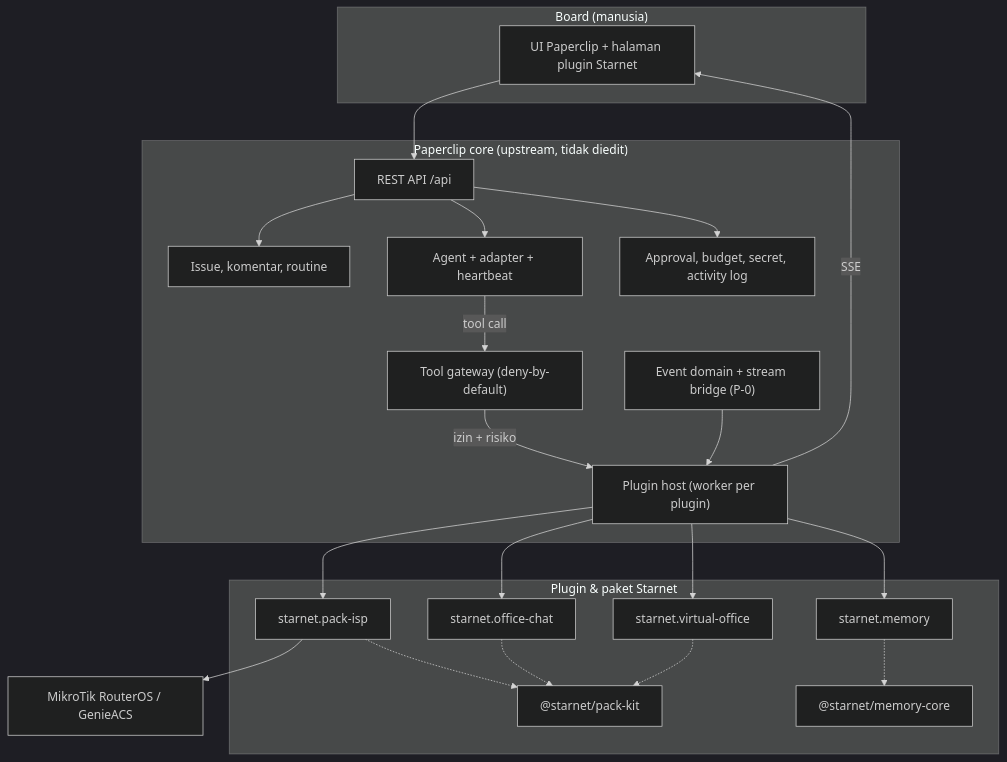
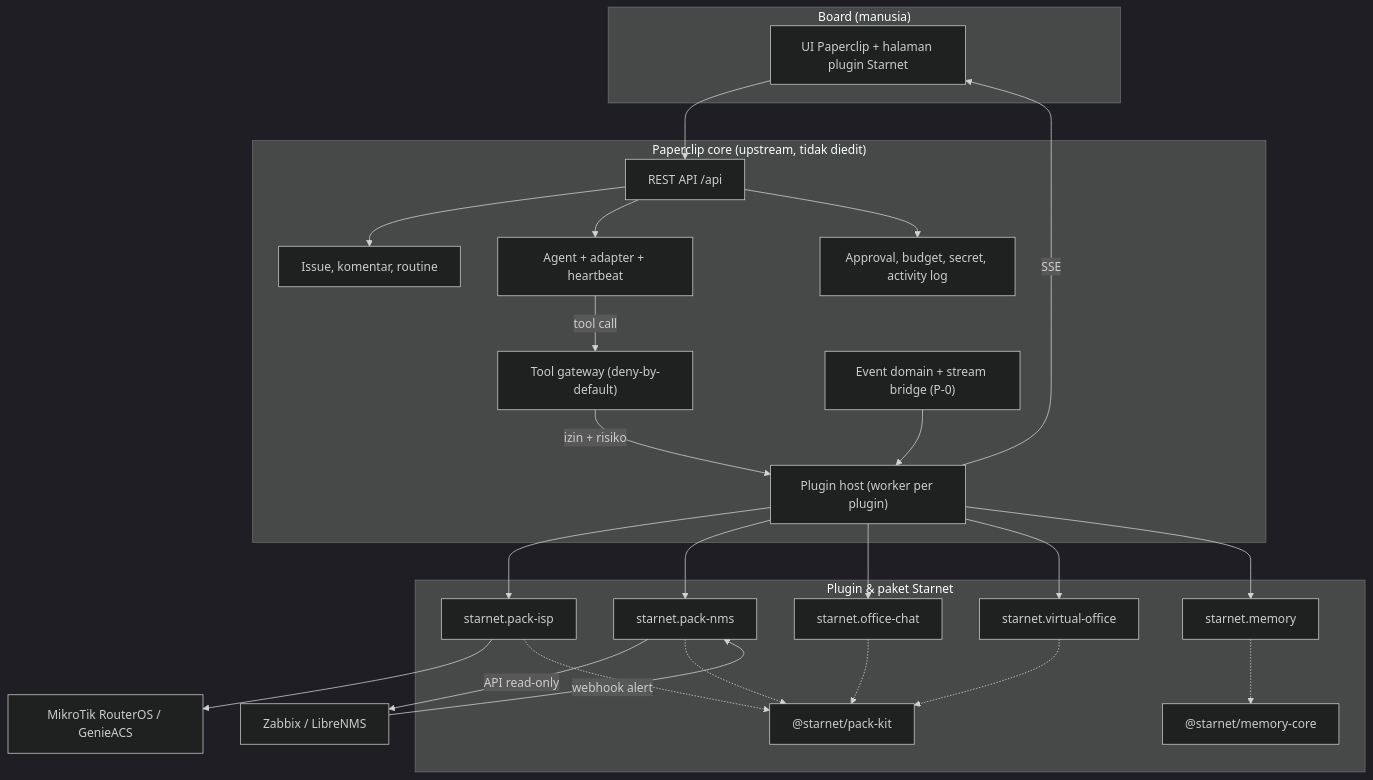
Before and after one commit to sigitholic/paperclip: the first of 2 diagrams in packages/starnet-docs/02-arsitektur.md, drawn with Mermaid (dark theme). The commit also changed other lines of this file and 27 other files, not shown here.

First line of the commit message:
feat(starnet): pack-nms plugin for Zabbix + LibreNMS monitoring

````diff
--- a/packages/starnet-docs/02-arsitektur.md
+++ b/packages/starnet-docs/02-arsitektur.md
@@ -8,38 +8,42 @@
 ```mermaid
 flowchart TB
   subgraph Board["Board (manusia)"]
     UI["UI Paperclip + halaman plugin Starnet"]
   end
 
   subgraph Core["Paperclip core (upstream, tidak diedit)"]
     API["REST API /api"]
     Issues["Issue, komentar, routine"]
     Agents["Agent + adapter + heartbeat"]
     Gateway["Tool gateway (deny-by-default)"]
     Gov["Approval, budget, secret, activity log"]
     Events["Event domain + stream bridge (P-0)"]
     PluginHost["Plugin host (worker per plugin)"]
   end
 
   subgraph Starnet["Plugin & paket Starnet"]
     ISP["starnet.pack-isp"]
+    NMS["starnet.pack-nms"]
     Chat["starnet.office-chat"]
     VO["starnet.virtual-office"]
     Mem["starnet.memory"]
     Kit["@starnet/pack-kit"]
     MemCore["@starnet/memory-core"]
   end
 
   Devices["MikroTik RouterOS / GenieACS"]
+  NmsSrv["Zabbix / LibreNMS"]
 
   UI --> API
   API --> Issues & Agents & Gov
   Agents -->|tool call| Gateway
   Gateway -->|izin + risiko| PluginHost
-  PluginHost --> ISP & Chat & VO & Mem
+  PluginHost --> ISP & NMS & Chat & VO & Mem
   ISP --> Devices
+  NMS -->|API read-only| NmsSrv
+  NmsSrv -->|webhook alert| NMS
   Events --> PluginHost
   PluginHost -->|SSE| UI
-  ISP & Chat & VO -.-> Kit
+  ISP & NMS & Chat & VO -.-> Kit
   Mem -.-> MemCore
 ```
````
